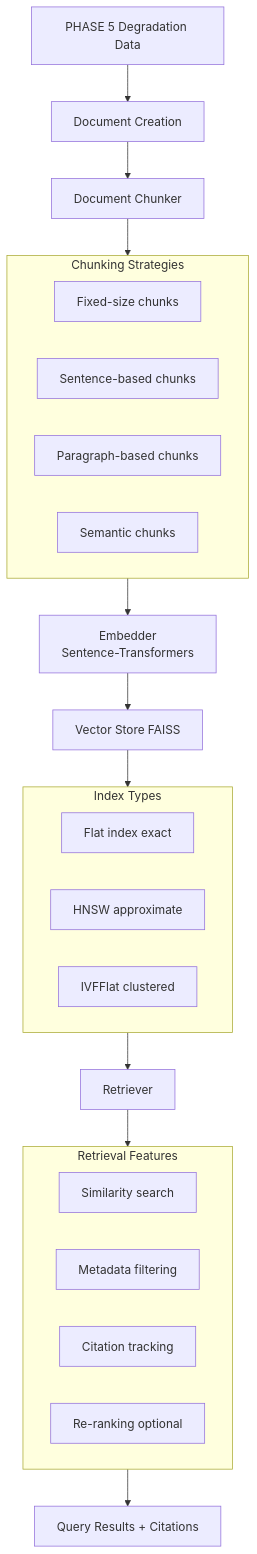
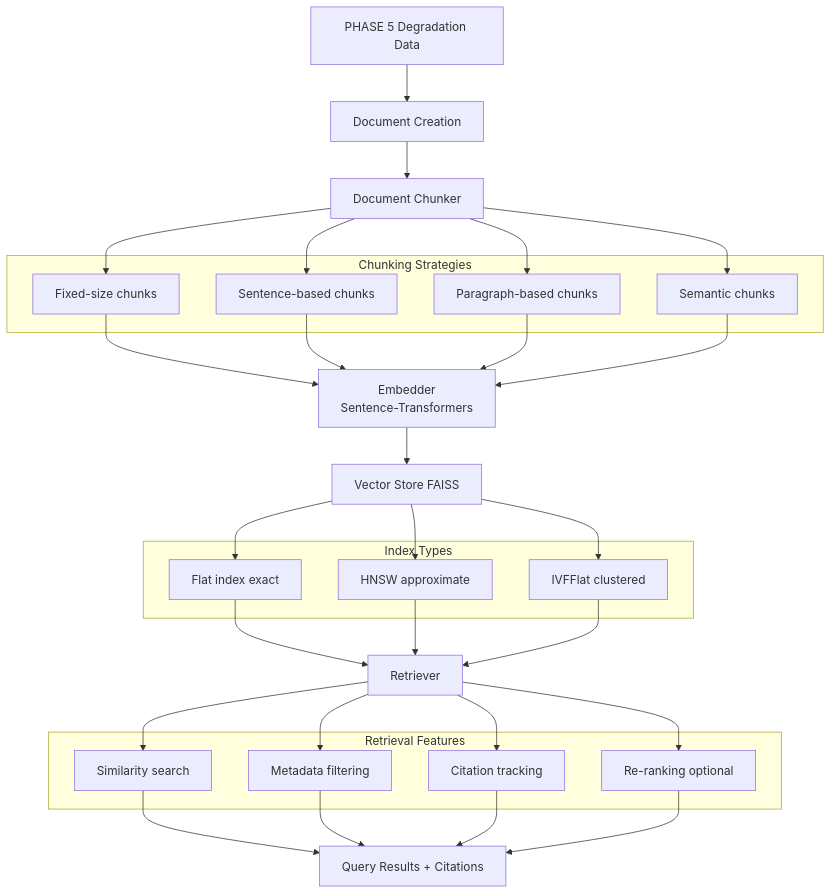
The diagram in docs/PHASE6_SUMMARY.md (somesh-ghaturle/Agentic-Early-Warning-Intelligence-System-for-Silent-System-Failures), drawn with Mermaid before and after one commit. The commit also changed 3 other files, not shown here.

````diff
--- a/docs/PHASE6_SUMMARY.md
+++ b/docs/PHASE6_SUMMARY.md
@@ -29,35 +29,35 @@
 ```mermaid
 flowchart TD
     D[PHASE 5 Degradation Data] --> DC[Document Creation] --> CHUNK[Document Chunker]
     
     subgraph CHUNKING [Chunking Strategies]
         Fixed[Fixed-size chunks]
         Sent[Sentence-based chunks]
         Para[Paragraph-based chunks]
         Sem[Semantic chunks]
     end
     
-    CHUNK --> CHUNKING
-    CHUNKING --> EMB[Embedder<br/>Sentence-Transformers]
+    CHUNK --> Fixed & Sent & Para & Sem
+    Fixed & Sent & Para & Sem --> EMB[Embedder<br/>Sentence-Transformers]
     
     EMB --> VS[Vector Store FAISS]
     
     subgraph INDEX [Index Types]
         Flat[Flat index exact]
         HNSW[HNSW approximate]
         IVF[IVFFlat clustered]
     end
     
-    VS --> INDEX
-    INDEX --> RET[Retriever]
+    VS --> Flat & HNSW & IVF
+    Flat & HNSW & IVF --> RET[Retriever]
     
     subgraph RETRIEVAL [Retrieval Features]
         Sim[Similarity search]
         Meta[Metadata filtering]
         Cit[Citation tracking]
         Rank[Re-ranking optional]
     end
     
-    RET --> RETRIEVAL
-    RETRIEVAL --> RES[Query Results + Citations]
+    RET --> Sim & Meta & Cit & Rank
+    Sim & Meta & Cit & Rank --> RES[Query Results + Citations]
 ```
````
